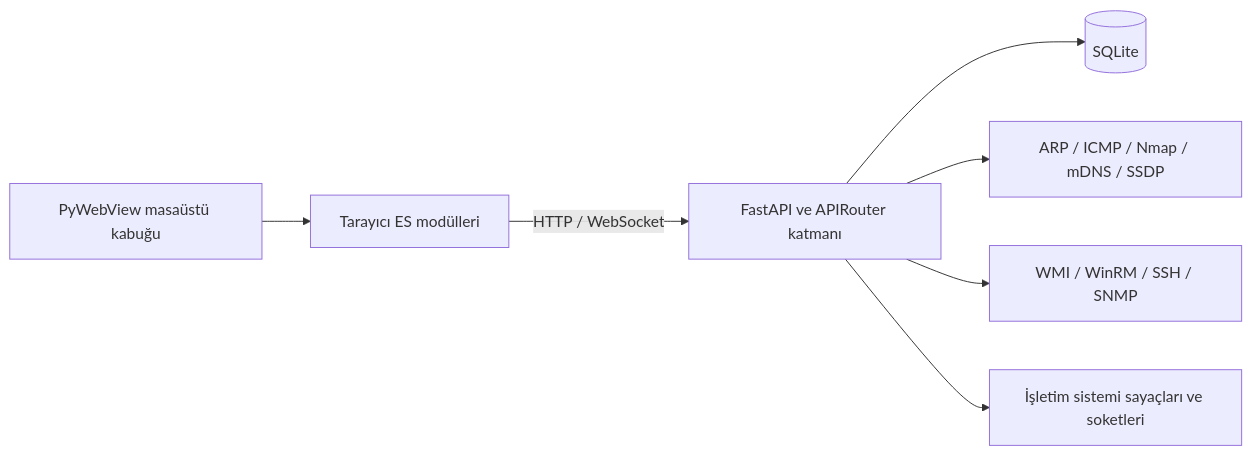
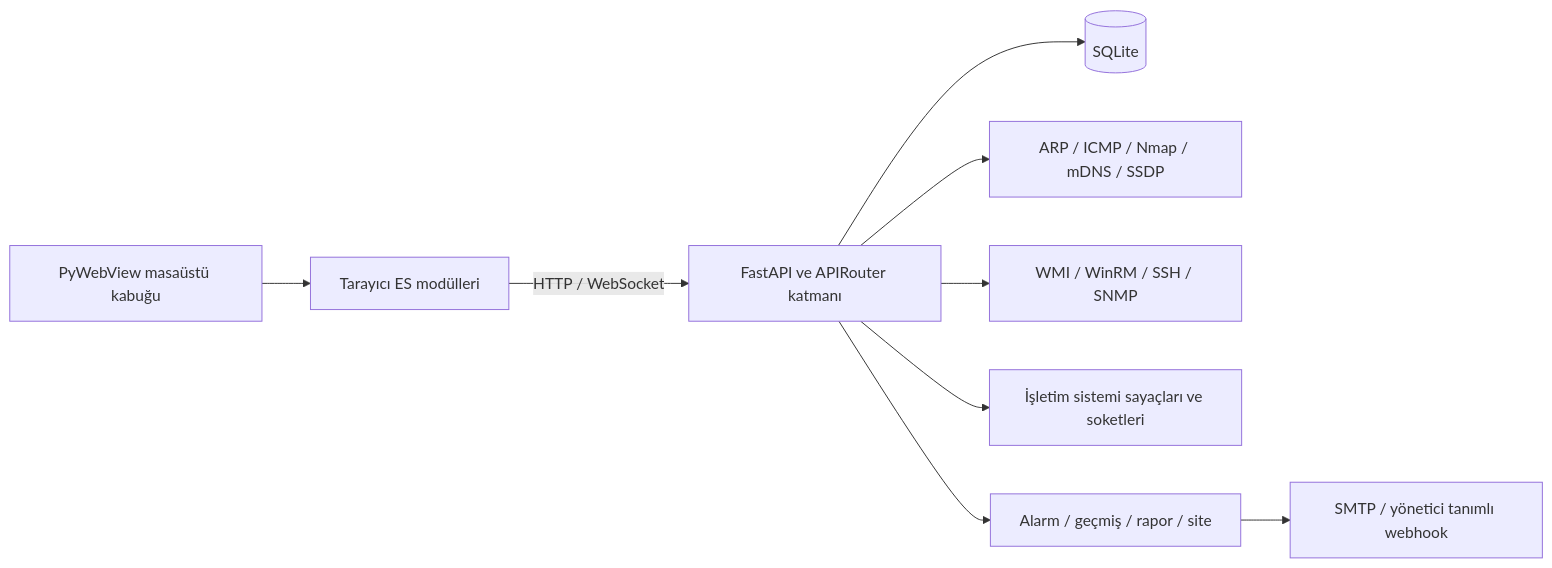
Before and after one commit to AtakanTas-io/NetMon: the diagram in README.md, drawn with Mermaid. The commit also changed other lines of this file and 4 other files, not shown here.

````diff
--- a/README.md
+++ b/README.md
@@ -49,9 +55,11 @@
 ```mermaid
 flowchart LR
     UI[Tarayıcı ES modülleri] -->|HTTP / WebSocket| API[FastAPI ve APIRouter katmanı]
     DESKTOP[PyWebView masaüstü kabuğu] --> UI
     API --> DB[(SQLite)]
     API --> DISCOVERY[ARP / ICMP / Nmap / mDNS / SSDP]
     API --> INVENTORY[WMI / WinRM / SSH / SNMP]
     API --> OS[İşletim sistemi sayaçları ve soketleri]
+    API --> OPS[Alarm / geçmiş / rapor / site]
+    OPS --> DELIVERY[SMTP / yönetici tanımlı webhook]
 ```
````
